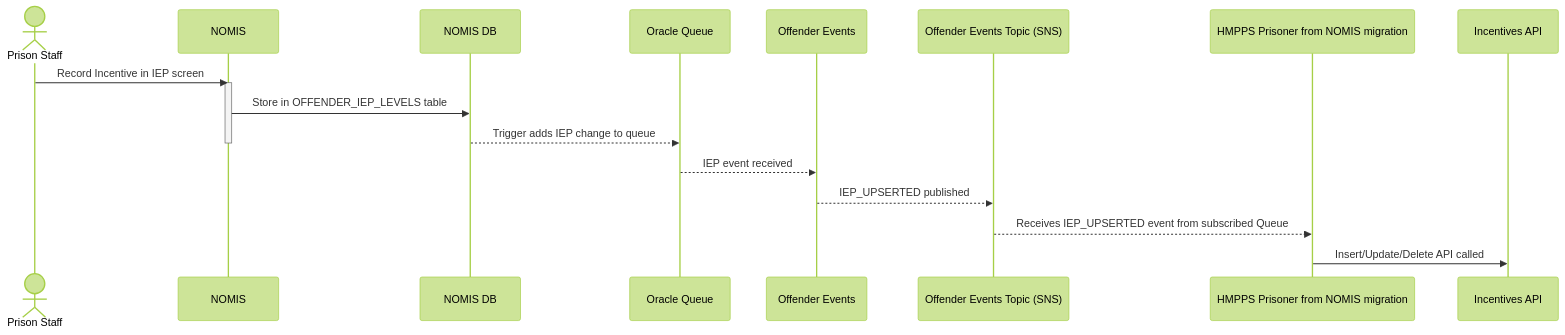
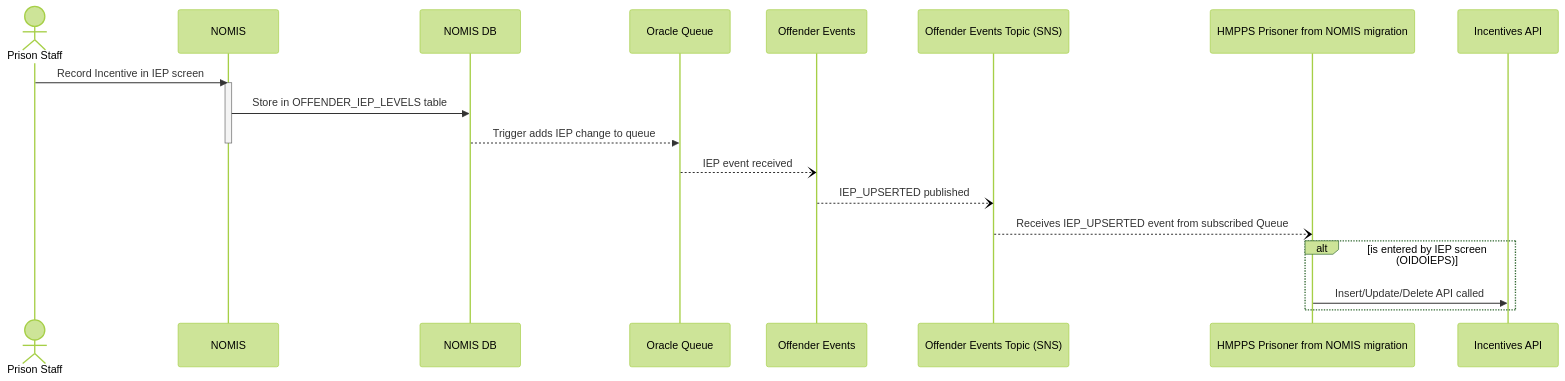
The second of 3 diagrams in doc/architecture/decisions/0003-2-way-synchronisation.md (ministryofjustice/hmpps-incentives-api), drawn with Mermaid (forest theme) before and after one commit.

Commit message:
INC-937 Update Migration and Sync Flows.

````diff
--- a/doc/architecture/decisions/0003-2-way-synchronisation.md
+++ b/doc/architecture/decisions/0003-2-way-synchronisation.md
@@ -53,23 +53,25 @@
 ```mermaid
 sequenceDiagram
 
     actor Prison Staff
     participant NOMIS
     participant NOMIS DB
     participant Oracle Queue
     participant Offender Events
     participant Offender Events Topic (SNS)
     participant HMPPS Prisoner from NOMIS migration
     participant Incentives API
 
     Prison Staff ->> NOMIS: Record Incentive in IEP screen
     activate NOMIS    
     NOMIS ->> NOMIS DB: Store in OFFENDER_IEP_LEVELS table
     NOMIS DB -->> Oracle Queue: Trigger adds IEP change to queue
     deactivate NOMIS  
     
-    Oracle Queue -->> Offender Events: IEP event received 
-    Offender Events -->> Offender Events Topic (SNS): IEP_UPSERTED published
-    Offender Events Topic (SNS) -->> HMPPS Prisoner from NOMIS migration: Receives IEP_UPSERTED event from subscribed Queue
+    Oracle Queue --) Offender Events: IEP event received 
+    Offender Events --) Offender Events Topic (SNS): IEP_UPSERTED published
+    Offender Events Topic (SNS) --) HMPPS Prisoner from NOMIS migration: Receives IEP_UPSERTED event from subscribed Queue
+    alt is entered by IEP screen (OIDOIEPS)
     HMPPS Prisoner from NOMIS migration ->> Incentives API: Insert/Update/Delete API called
+    end
 ```
````
